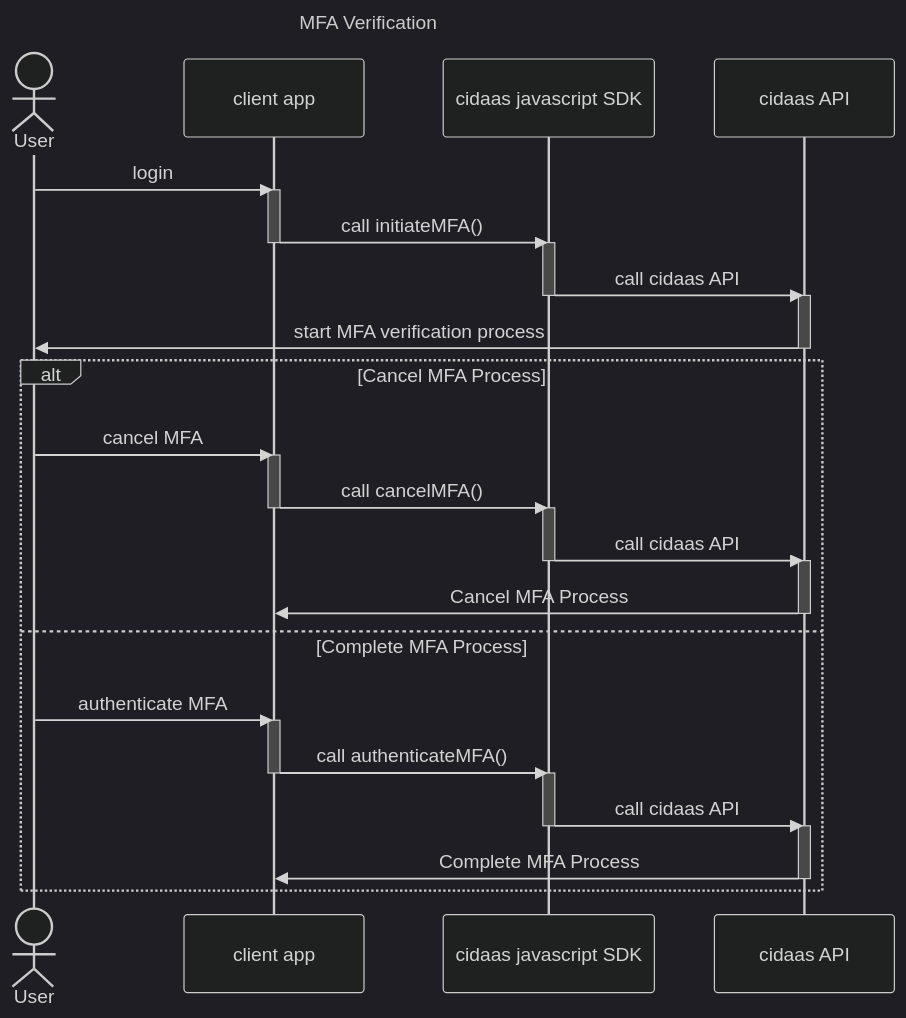
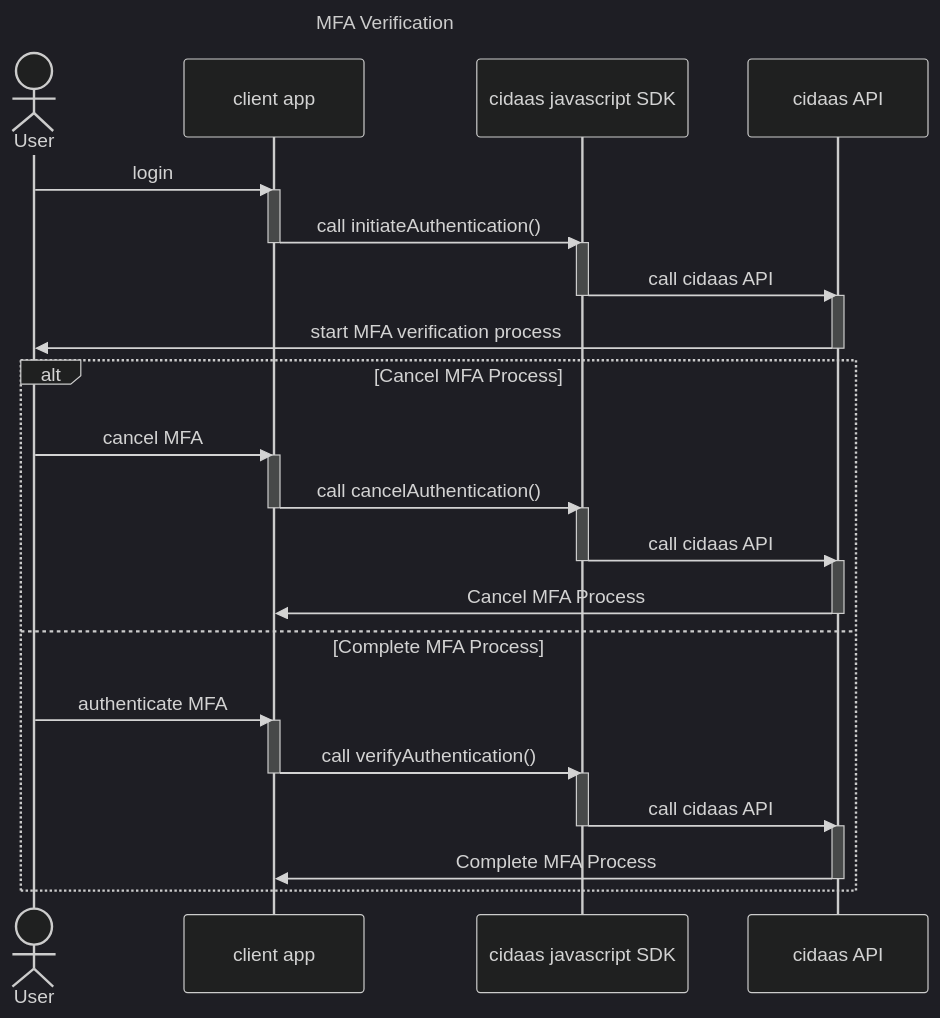
The first of 2 diagrams in overview/multifactor-authentication.md (cidaas/cidaas-javascript-sdk), drawn with Mermaid (dark theme) before and after one commit. The commit also changed other lines of this file and 12 other files, not shown here.

````diff
--- a/overview/multifactor-authentication.md
+++ b/overview/multifactor-authentication.md
@@ -14,55 +18,55 @@
 ```mermaid
 ---
 title: MFA Verification
 ---
 sequenceDiagram
   Actor User 
   participant ClientApp as client app
   participant CidaasSDK as cidaas javascript SDK
   participant CidaasAPI as cidaas API
 
 User ->> ClientApp: login
 
 activate ClientApp
-ClientApp ->> CidaasSDK: call initiateMFA()
+ClientApp ->> CidaasSDK: call initiateAuthentication()
 deactivate ClientApp
 
 activate CidaasSDK
 CidaasSDK ->> CidaasAPI: call cidaas API
 deactivate CidaasSDK
 
 activate CidaasAPI
 CidaasAPI ->> User: start MFA verification process
 deactivate CidaasAPI
 
 
 alt Cancel MFA Process
     User ->> ClientApp: cancel MFA
 
     activate ClientApp
-    ClientApp ->> CidaasSDK: call cancelMFA()
+    ClientApp ->> CidaasSDK: call cancelAuthentication()
     deactivate ClientApp
 
     activate CidaasSDK
     CidaasSDK ->> CidaasAPI: call cidaas API
     deactivate CidaasSDK
 
     activate CidaasAPI
     CidaasAPI ->> ClientApp: Cancel MFA Process
     deactivate CidaasAPI
 else Complete MFA Process
     User ->> ClientApp: authenticate MFA
 
     activate ClientApp
-    ClientApp ->> CidaasSDK: call authenticateMFA()
+    ClientApp ->> CidaasSDK: call verifyAuthentication()
     deactivate ClientApp
 
     activate CidaasSDK
     CidaasSDK ->> CidaasAPI: call cidaas API
     deactivate CidaasSDK
 
     activate CidaasAPI
     CidaasAPI ->> ClientApp: Complete MFA Process
     deactivate CidaasAPI
 end
 ```
````
